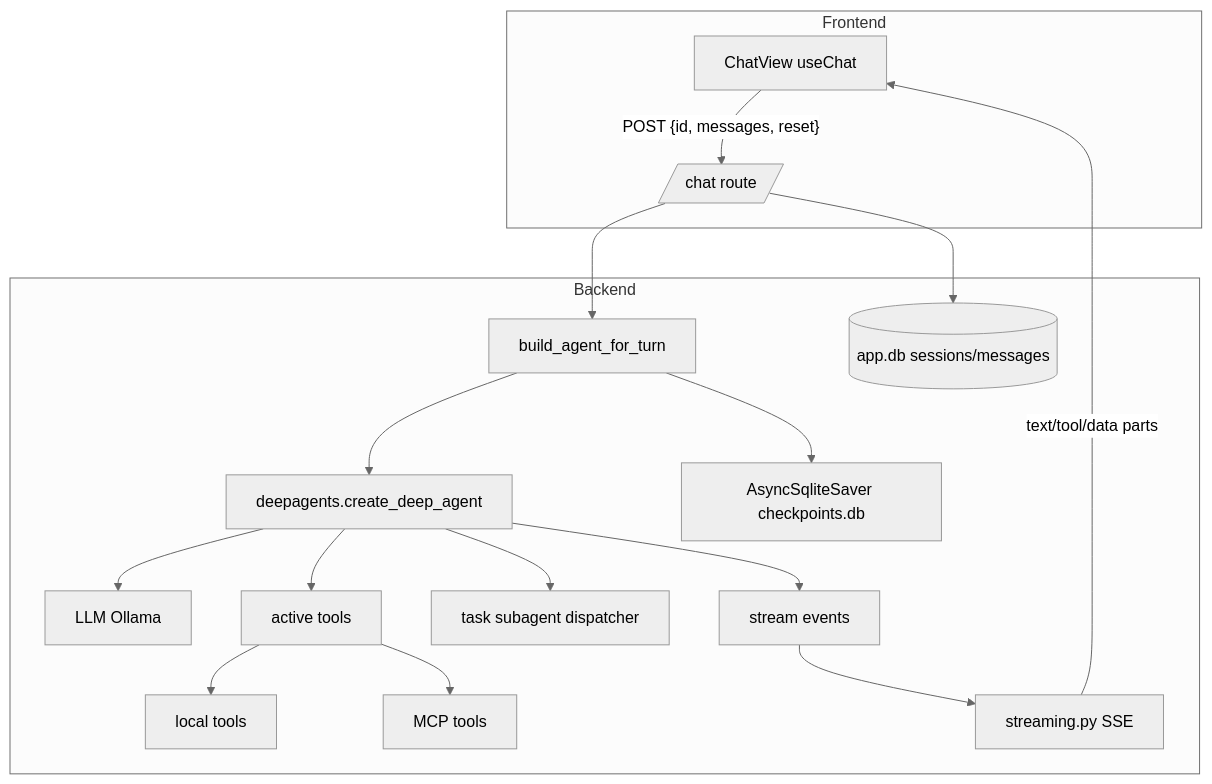
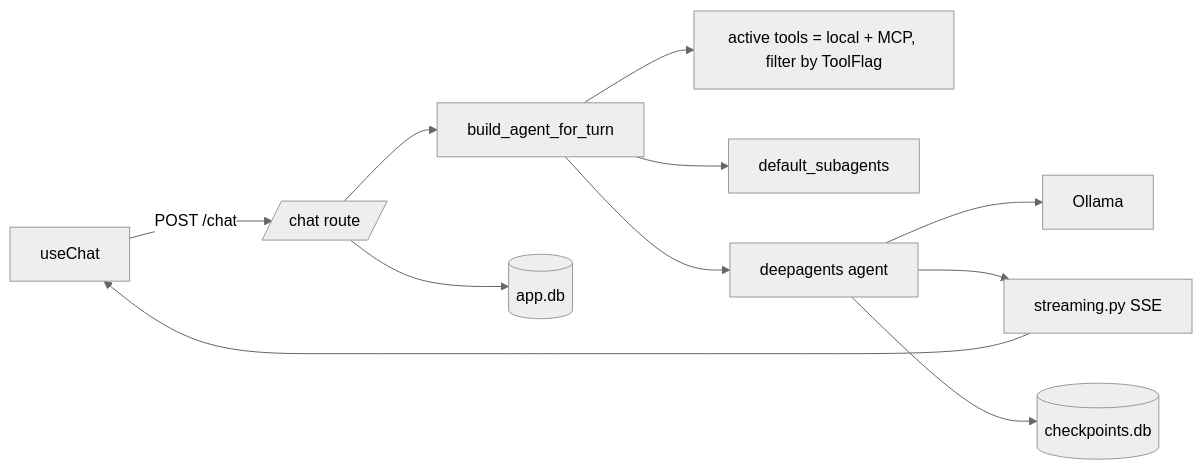
The first of 2 diagrams in docs/src/content/docs/architecture.md (miskibin/local-code), drawn with Mermaid (neutral theme) before and after one commit. The commit also changed other lines of this file and 17 other files, not shown here.

````diff
--- a/docs/src/content/docs/architecture.md
+++ b/docs/src/content/docs/architecture.md
@@ -59,20 +20,13 @@
 ```mermaid
-flowchart TB
-    subgraph Frontend
-      A[ChatView useChat] -- POST {id, messages, reset} --> B[/chat route/]
-    end
-    subgraph Backend
-      B --> C[build_agent_for_turn]
-      C --> D[deepagents.create_deep_agent]
-      D --> E[LLM Ollama]
-      D --> F[active tools]
-      F --> F1[local tools]
-      F --> F2[MCP tools]
-      D --> G[task subagent dispatcher]
-      C --> H[AsyncSqliteSaver checkpoints.db]
-      B --> I[(app.db sessions/messages)]
-      D --> J[stream events]
-      J --> K[streaming.py SSE]
-    end
-    K -- text/tool/data parts --> A
+flowchart LR
+    FE[useChat] -- POST /chat --> CHAT[/chat route/]
+    CHAT --> Build[build_agent_for_turn]
+    Build --> Tools[active tools = local + MCP, filter by ToolFlag]
+    Build --> Subs[default_subagents]
+    Build --> Agent[deepagents agent]
+    Agent --> LLM[Ollama]
+    Agent --> Stream[streaming.py SSE]
+    Stream --> FE
+    Agent --> CK[(checkpoints.db)]
+    CHAT --> DB[(app.db)]
 ```
````
